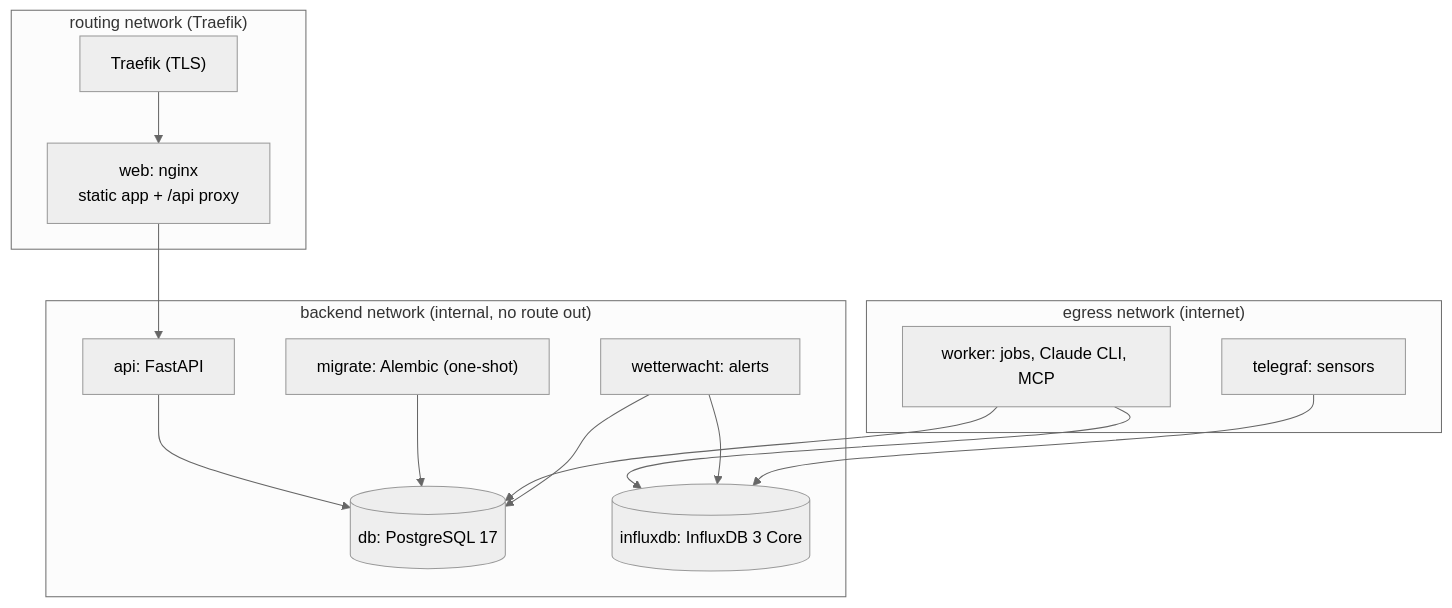
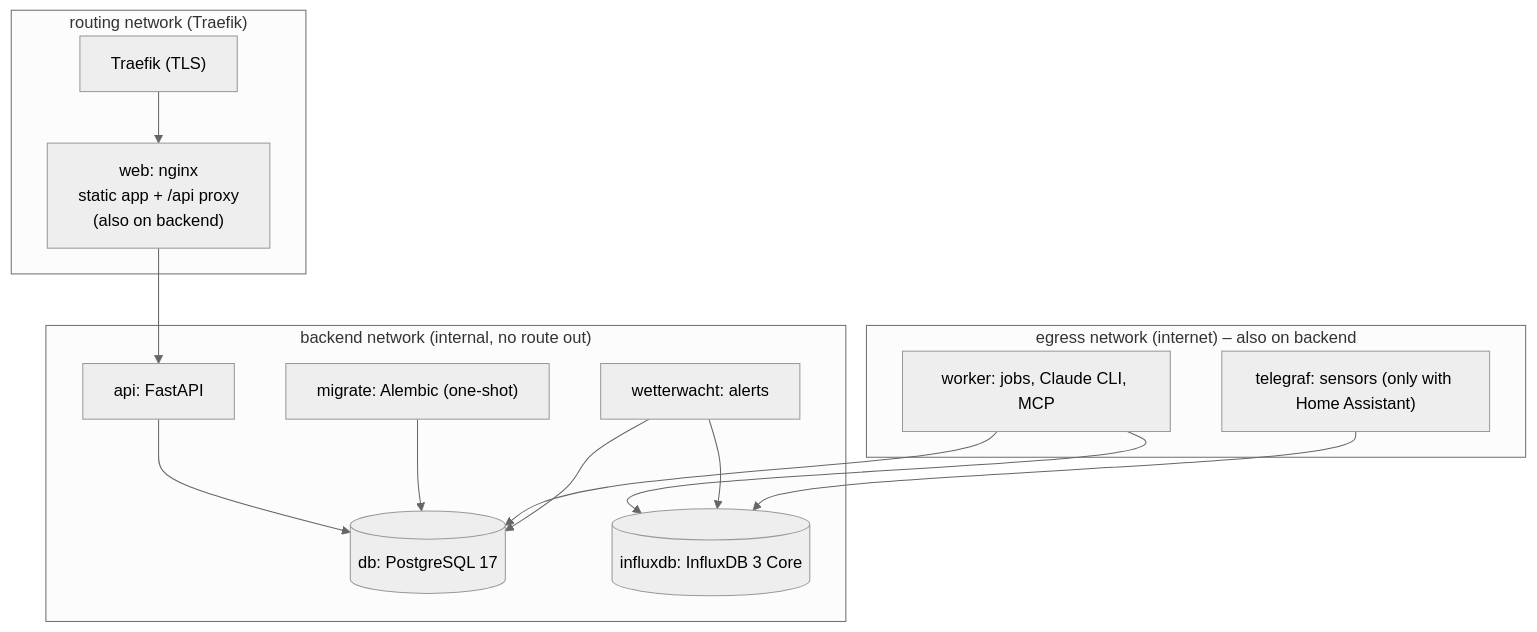
The second of 6 diagrams in docs/architecture.md (klopfer-hello/blattwerk), drawn with Mermaid (neutral theme) before and after one commit. The commit also changed other lines of this file and 13 other files, not shown here.

````diff
--- a/docs/architecture.md
+++ b/docs/architecture.md
@@ -20,25 +20,25 @@
 ```mermaid
 flowchart TB
   subgraph routing["routing network (Traefik)"]
     traefik["Traefik (TLS)"]
-    web["web: nginx<br/>static app + /api proxy"]
+    web["web: nginx<br/>static app + /api proxy<br/>(also on backend)"]
   end
   subgraph backend["backend network (internal, no route out)"]
     api["api: FastAPI"]
     db[("db: PostgreSQL 17")]
     migrate["migrate: Alembic (one-shot)"]
     influx[("influxdb: InfluxDB 3 Core")]
     ww["wetterwacht: alerts"]
   end
-  subgraph egress["egress network (internet)"]
+  subgraph egress["egress network (internet) – also on backend"]
     worker["worker: jobs, Claude CLI, MCP"]
-    telegraf["telegraf: sensors"]
+    telegraf["telegraf: sensors (only with Home Assistant)"]
   end
   traefik --> web --> api --> db
   migrate --> db
   worker --> db
   worker --> influx
   ww --> influx
   ww --> db
   telegraf --> influx
 ```
````
